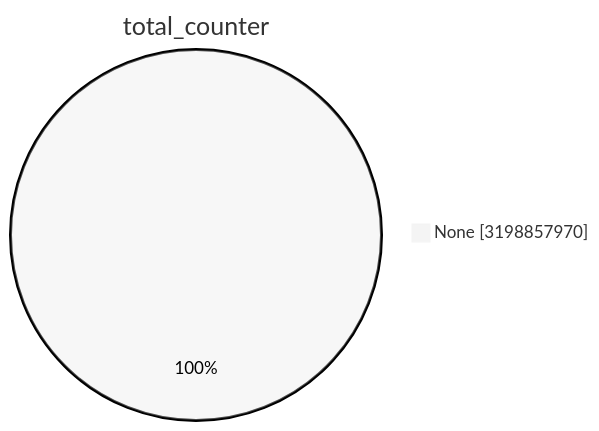
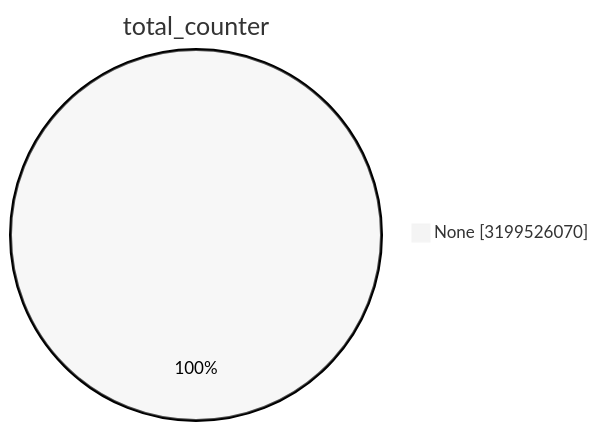
One commit to christiankrug/ctmonitor_visualization changed the first of 15 diagrams in TOTAL/README.md. Above: the diagram before and after it, drawn with Mermaid (neutral theme). The commit also changed other lines of this file, not shown here.

````diff
--- a/TOTAL/README.md
+++ b/TOTAL/README.md
@@ -1,5 +1,5 @@
 ```mermaid
 pie showData
 title total_counter
-"None" :3198857970
+"None" :3199526070
 ```
````
